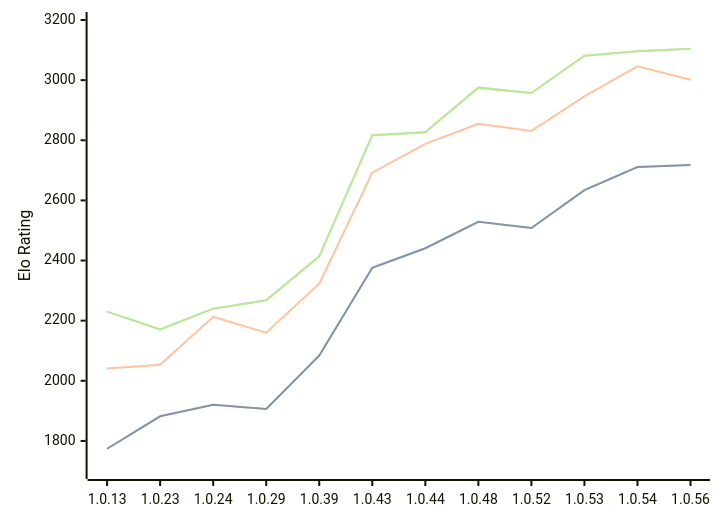
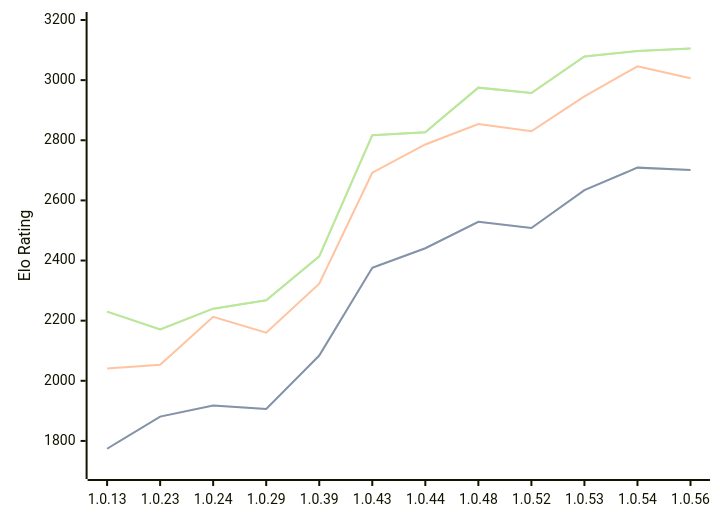
The diagram in engines/RustyRival.md (computer-chess-index/cci), drawn with Mermaid before and after one commit. The commit also changed other lines of this file, not shown here.

Commit message:
Update CCI Ratings (ELO VLTC) - 2026-09-03

````diff
--- a/engines/RustyRival.md
+++ b/engines/RustyRival.md
@@ -56,11 +56,11 @@
 ```mermaid
 %%{init: {"theme":"base","themeVariables":{"seriesColors:['#a3a3a3','#222221','#faa371']}}}%%
 xychart-beta
   x-axis ["1.0.13", "1.0.23", "1.0.24", "1.0.29", "1.0.39", "1.0.43", "1.0.44", "1.0.48", "1.0.52", "1.0.53", "1.0.54", "1.0.56"]
   y-axis "Elo Rating" 1700 --> 3200
-  line "" [1774, 1882, 1920, 1906, 2084, 2376, 2441, 2529, 2508, 2634, 2711, 2718]
-  line "STC (8.0+0.08s)" [1774, 1882, 1920, 1906, 2084, 2376, 2441, 2529, 2508, 2634, 2711, 2718]
-  line "LTC (60.0+0.60s)" [2041, 2053, 2213, 2160, 2323, 2692, 2788, 2855, 2831, 2946, 3046, 3001]
-  line "" [2230, 2171, 2240, 2268, 2414, 2817, 2827, 2975, 2957, 3081, 3096, 3104]
-  line "VLTC (2m24s+1.12s)" [2230, 2171, 2240, 2268, 2414, 2817, 2827, 2975, 2957, 3081, 3096, 3104]
+  line "" [1774, 1881, 1918, 1906, 2084, 2376, 2441, 2529, 2508, 2634, 2709, 2701]
+  line "STC (8.0+0.08s)" [1774, 1881, 1918, 1906, 2084, 2376, 2441, 2529, 2508, 2634, 2709, 2701]
+  line "LTC (60.0+0.60s)" [2041, 2053, 2213, 2160, 2323, 2692, 2786, 2854, 2830, 2946, 3046, 3006]
+  line "" [2230, 2171, 2240, 2268, 2414, 2817, 2827, 2975, 2957, 3079, 3097, 3105]
+  line "VLTC (2m24s+1.12s)" [2230, 2171, 2240, 2268, 2414, 2817, 2827, 2975, 2957, 3079, 3097, 3105]
 ```
````
